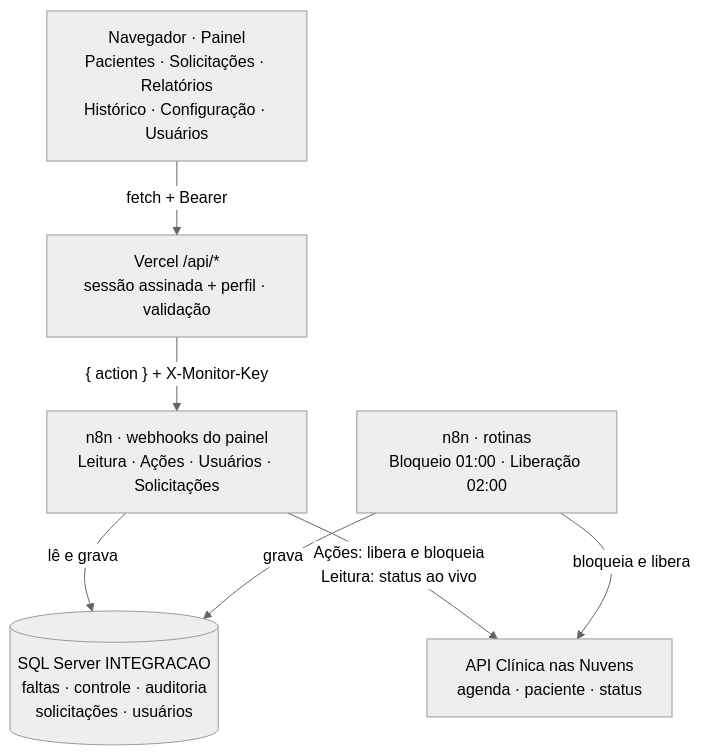
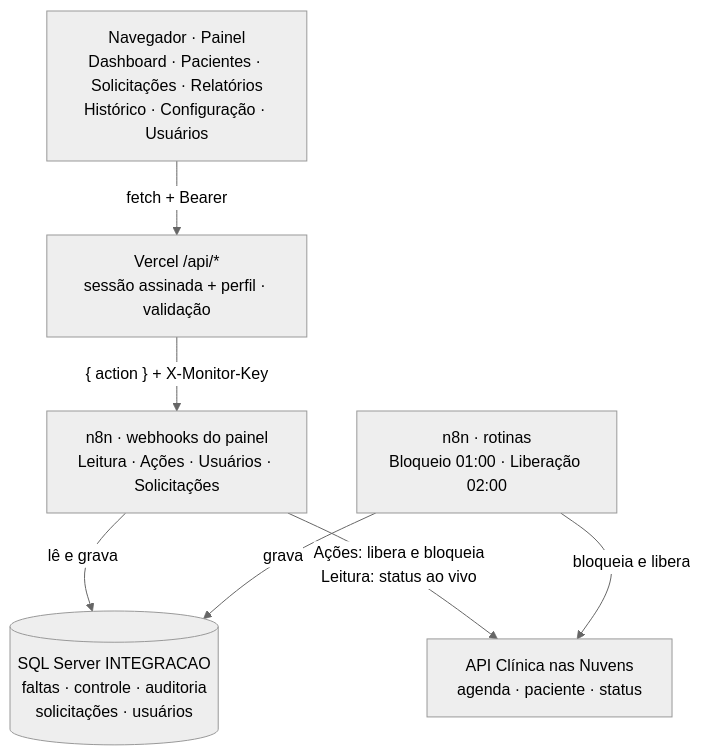
One commit to clariens/painel-integracao-desbloqueio-CNN-web changed the diagram in docs/README.md. Above: the diagram before and after it, drawn with Mermaid (neutral theme). The commit also changed other lines of this file and 51 other files, not shown here.

First line of the commit message:
Dashboard com Chart.js, carregamento nos botões e botão Entrar

````diff
--- a/docs/README.md
+++ b/docs/README.md
@@ -18,16 +18,16 @@
 ```mermaid
 flowchart TB
-    UI["Navegador · Painel<br/>Pacientes · Solicitações · Relatórios<br/>Histórico · Configuração · Usuários"]
+    UI["Navegador · Painel<br/>Dashboard · Pacientes · Solicitações · Relatórios<br/>Histórico · Configuração · Usuários"]
     API["Vercel /api/*<br/>sessão assinada + perfil · validação"]
     W["n8n · webhooks do painel<br/>Leitura · Ações · Usuários · Solicitações"]
     R["n8n · rotinas<br/>Bloqueio 01:00 · Liberação 02:00"]
     CNN["API Clínica nas Nuvens<br/>agenda · paciente · status"]
     DB[("SQL Server INTEGRACAO<br/>faltas · controle · auditoria<br/>solicitações · usuários")]
 
     UI -- "fetch + Bearer" --> API
     API -- "{ action } + X-Monitor-Key" --> W
     W -- "lê e grava" --> DB
     W -- "Ações: libera e bloqueia<br/>Leitura: status ao vivo" --> CNN
     R -- "bloqueia e libera" --> CNN
     R -- "grava" --> DB
 ```
````
